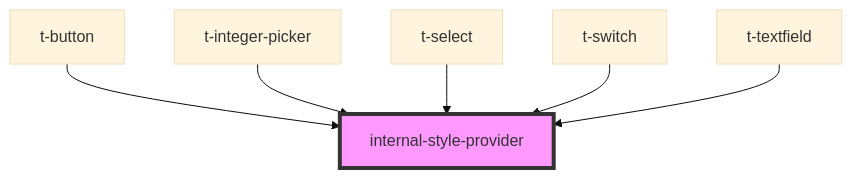
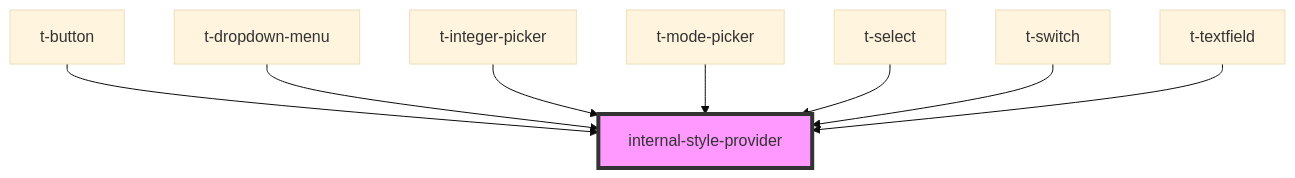
One commit to TomasEng/web-components changed the diagram in src/components/internal-style-provider/readme.md. Above: the diagram before and after it, drawn with Mermaid (base theme). The commit also changed other lines of this file and 34 other files, not shown here.

````diff
--- a/src/components/internal-style-provider/readme.md
+++ b/src/components/internal-style-provider/readme.md
@@ -26,9 +28,11 @@
 ```mermaid
 graph TD;
   t-button --> internal-style-provider
+  t-dropdown-menu --> internal-style-provider
   t-integer-picker --> internal-style-provider
+  t-mode-picker --> internal-style-provider
   t-select --> internal-style-provider
   t-switch --> internal-style-provider
   t-textfield --> internal-style-provider
   style internal-style-provider fill:#f9f,stroke:#333,stroke-width:4px
 ```
````
